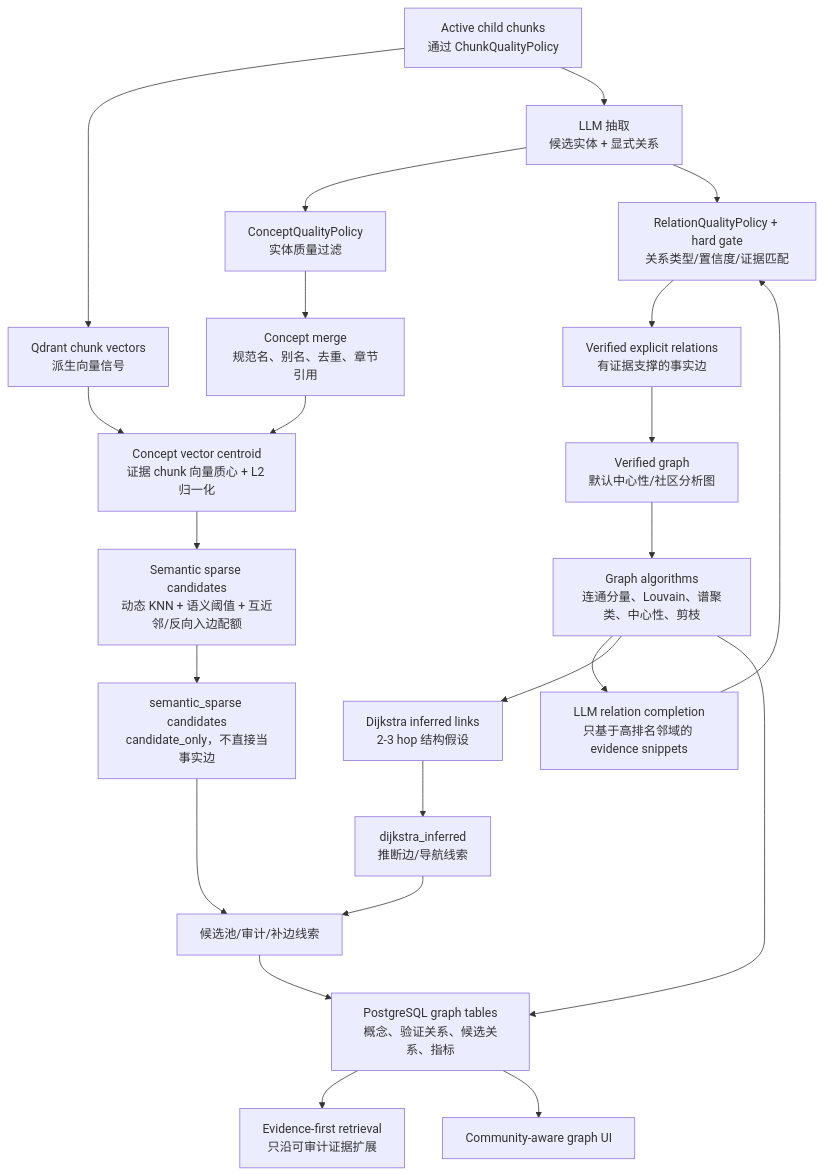
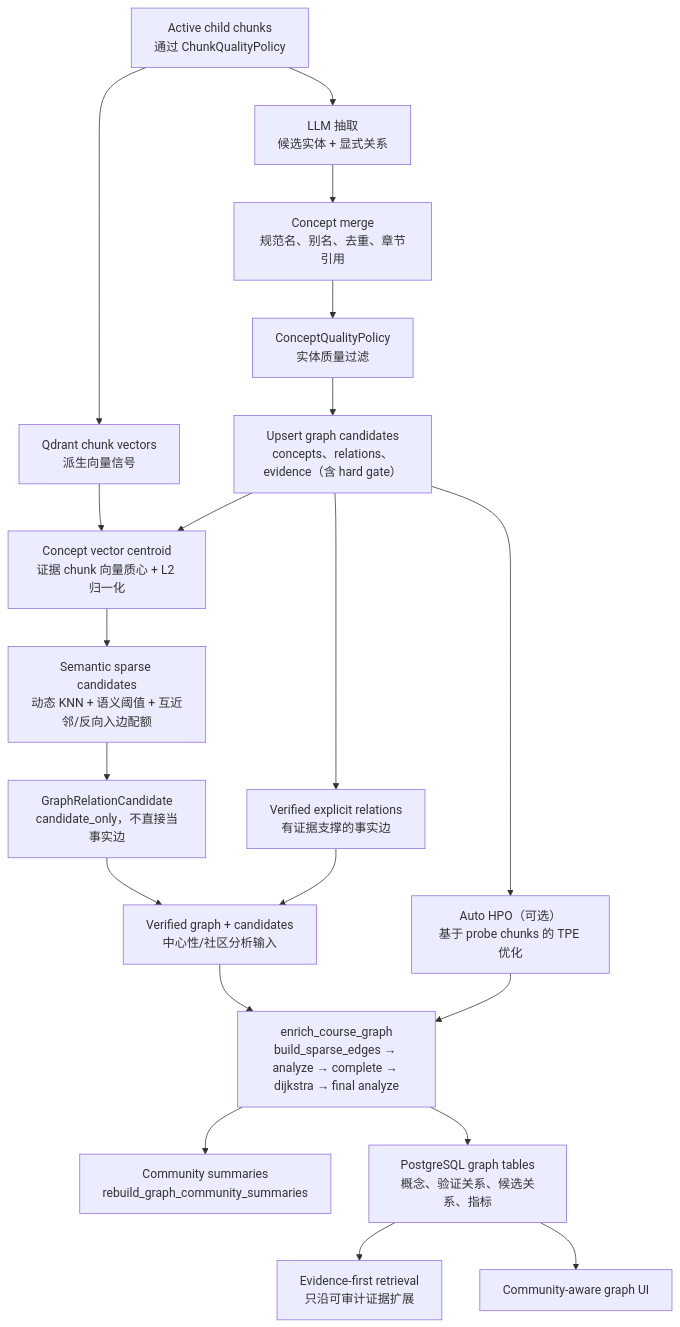
The fourth of 6 diagrams in README.md (Sggggt/SymboGraph), drawn with Mermaid before and after one commit. The commit also changed other lines of this file and 32 other files, not shown here.

````diff
--- a/README.md
+++ b/README.md
@@ -258,29 +362,27 @@
 ```mermaid
 flowchart TB
     CHUNK["Active child chunks<br/>通过 ChunkQualityPolicy"] --> VEC["Qdrant chunk vectors<br/>派生向量信号"]
     CHUNK --> LLM["LLM 抽取<br/>候选实体 + 显式关系"]
 
-    LLM --> CONCEPT_GATE["ConceptQualityPolicy<br/>实体质量过滤"]
-    LLM --> REL_GATE["RelationQualityPolicy + hard gate<br/>关系类型/置信度/证据匹配"]
-    CONCEPT_GATE --> MERGE["Concept merge<br/>规范名、别名、去重、章节引用"]
-    REL_GATE --> EXPLICIT["Verified explicit relations<br/>有证据支撑的事实边"]
+    LLM --> MERGE["Concept merge<br/>规范名、别名、去重、章节引用"]
+    MERGE --> CONCEPT_GATE["ConceptQualityPolicy<br/>实体质量过滤"]
+    CONCEPT_GATE --> UPSERT["Upsert graph candidates<br/>concepts、relations、evidence（含 hard gate）"]
 
     VEC --> CENTROID["Concept vector centroid<br/>证据 chunk 向量质心 + L2 归一化"]
-    MERGE --> CENTROID
+    UPSERT --> CENTROID
     CENTROID --> SPARSE["Semantic sparse candidates<br/>动态 KNN + 语义阈值 + 互近邻/反向入边配额"]
-    SPARSE --> CANDIDATE["semantic_sparse candidates<br/>candidate_only，不直接当事实边"]
+    SPARSE --> CANDIDATE["GraphRelationCandidate<br/>candidate_only，不直接当事实边"]
 
-    EXPLICIT --> GRAPH["Verified graph<br/>默认中心性/社区分析图"]
-    CANDIDATE --> GRAPH_AUDIT["候选池/审计/补边线索"]
-    GRAPH --> ANALYZE["Graph algorithms<br/>连通分量、Louvain、谱聚类、中心性、剪枝"]
-    ANALYZE --> COMPLETE["LLM relation completion<br/>只基于高排名邻域的 evidence snippets"]
-    COMPLETE --> REL_GATE
-    ANALYZE --> DIJK["Dijkstra inferred links<br/>2-3 hop 结构假设"]
-    DIJK --> INFERRED["dijkstra_inferred<br/>推断边/导航线索"]
-    INFERRED --> GRAPH_AUDIT
+    UPSERT --> EXPLICIT["Verified explicit relations<br/>有证据支撑的事实边"]
+    CANDIDATE --> GRAPH["Verified graph + candidates<br/>中心性/社区分析输入"]
+    EXPLICIT --> GRAPH
 
-    ANALYZE --> PG["PostgreSQL graph tables<br/>概念、验证关系、候选关系、指标"]
-    GRAPH_AUDIT --> PG
+    UPSERT --> HPO["Auto HPO（可选）<br/>基于 probe chunks 的 TPE 优化"]
+    GRAPH --> ENRICH["enrich_course_graph<br/>build_sparse_edges → analyze → complete → dijkstra → final analyze"]
+    HPO --> ENRICH
+    ENRICH --> COMMUNITY["Community summaries<br/>rebuild_graph_community_summaries"]
+    ENRICH --> PG["PostgreSQL graph tables<br/>概念、验证关系、候选关系、指标"]
+
     PG --> RETRIEVAL["Evidence-first retrieval<br/>只沿可审计证据扩展"]
     PG --> UI["Community-aware graph UI"]
 ```
````
